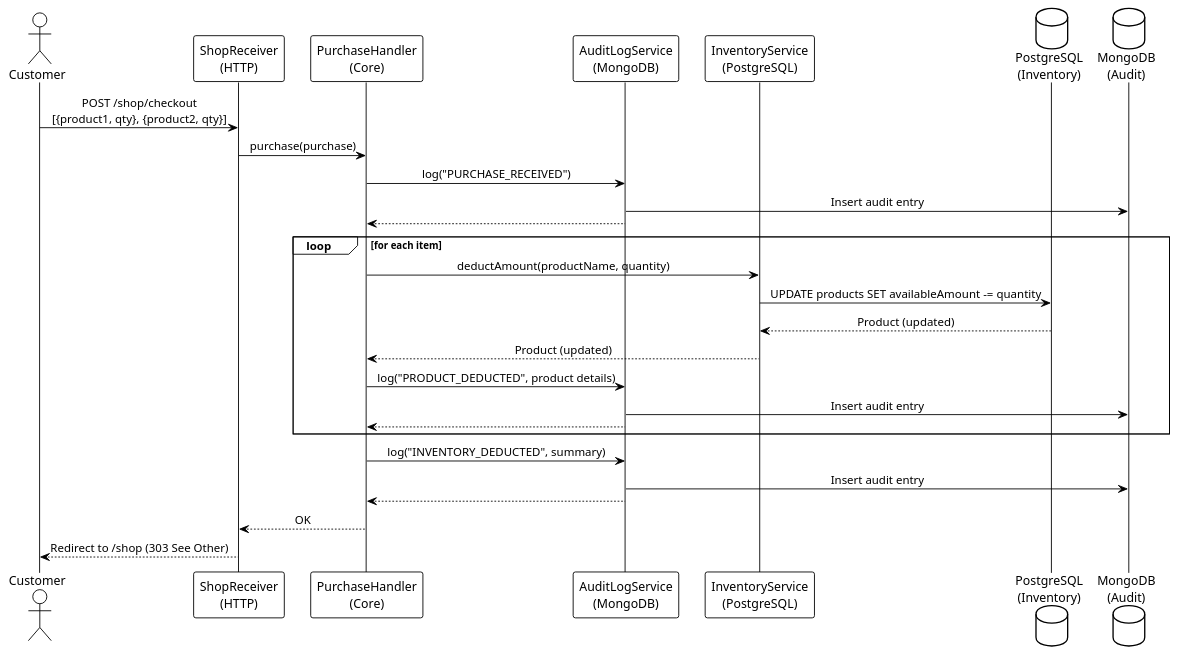
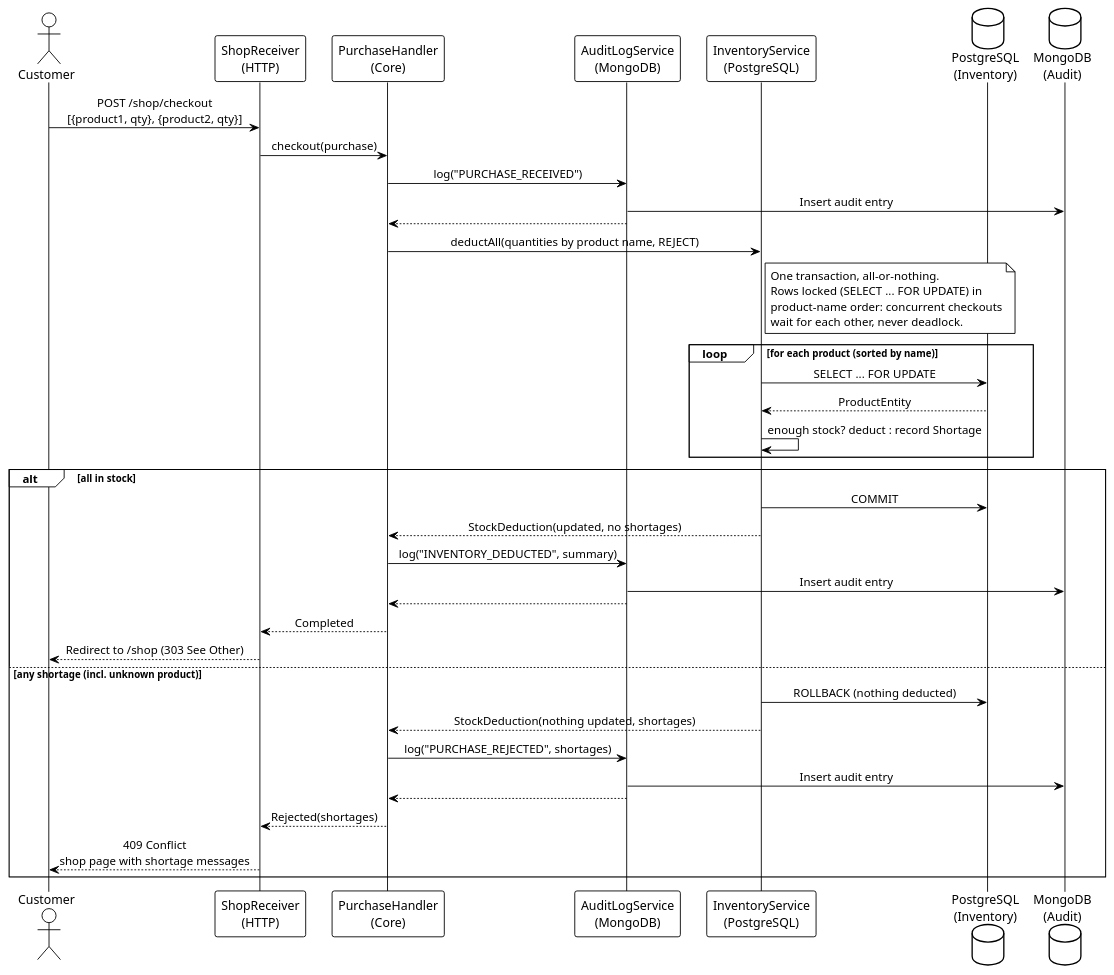
Before and after one commit to svene/2026-07-26_quarkus-hexagon-demo-mm-per-tech: the diagram in docs/architecture/flows/shop-checkout.puml, drawn with PlantUML. The commit also changed 35 other files, not shown here.

```diff
--- a/docs/architecture/flows/shop-checkout.puml
+++ b/docs/architecture/flows/shop-checkout.puml
@@ -1,36 +1,50 @@
 @startuml shop_checkout
 !theme plain
 skinparam sequenceMessageAlign center
 skinparam backgroundColor #ffffff
 
 actor "Customer" as user
 participant "ShopReceiver\n(HTTP)" as receiver
 participant "PurchaseHandler\n(Core)" as handler
 participant "AuditLogService\n(MongoDB)" as audit
 participant "InventoryService\n(PostgreSQL)" as inventory
 database "PostgreSQL\n(Inventory)" as db_inv
 database "MongoDB\n(Audit)" as db_audit
 
 user -> receiver: POST /shop/checkout\n[{product1, qty}, {product2, qty}]
-receiver -> handler: purchase(purchase)
+receiver -> handler: checkout(purchase)
 handler -> audit: log("PURCHASE_RECEIVED")
 audit -> db_audit: Insert audit entry
 audit --> handler
 
-loop for each item
-  handler -> inventory: deductAmount(productName, quantity)
-  inventory -> db_inv: UPDATE products SET availableAmount -= quantity
-  db_inv --> inventory: Product (updated)
-  inventory --> handler: Product (updated)
-  handler -> audit: log("PRODUCT_DEDUCTED", product details)
+handler -> inventory: deductAll(quantities by product name, REJECT)
+note right of inventory
+  One transaction, all-or-nothing.
+  Rows locked (SELECT ... FOR UPDATE) in
+  product-name order: concurrent checkouts
+  wait for each other, never deadlock.
+end note
+loop for each product (sorted by name)
+  inventory -> db_inv: SELECT ... FOR UPDATE
+  db_inv --> inventory: ProductEntity
+  inventory -> inventory: enough stock? deduct : record Shortage
+end
+alt all in stock
+  inventory -> db_inv: COMMIT
+  inventory --> handler: StockDeduction(updated, no shortages)
+  handler -> audit: log("INVENTORY_DEDUCTED", summary)
   audit -> db_audit: Insert audit entry
   audit --> handler
+  handler --> receiver: Completed
+  receiver --> user: Redirect to /shop (303 See Other)
+else any shortage (incl. unknown product)
+  inventory -> db_inv: ROLLBACK (nothing deducted)
+  inventory --> handler: StockDeduction(nothing updated, shortages)
+  handler -> audit: log("PURCHASE_REJECTED", shortages)
+  audit -> db_audit: Insert audit entry
+  audit --> handler
+  handler --> receiver: Rejected(shortages)
+  receiver --> user: 409 Conflict\nshop page with shortage messages
 end
 
-handler -> audit: log("INVENTORY_DEDUCTED", summary)
-audit -> db_audit: Insert audit entry
-audit --> handler
-handler --> receiver: OK
-receiver --> user: Redirect to /shop (303 See Other)
-
 @enduml
```
